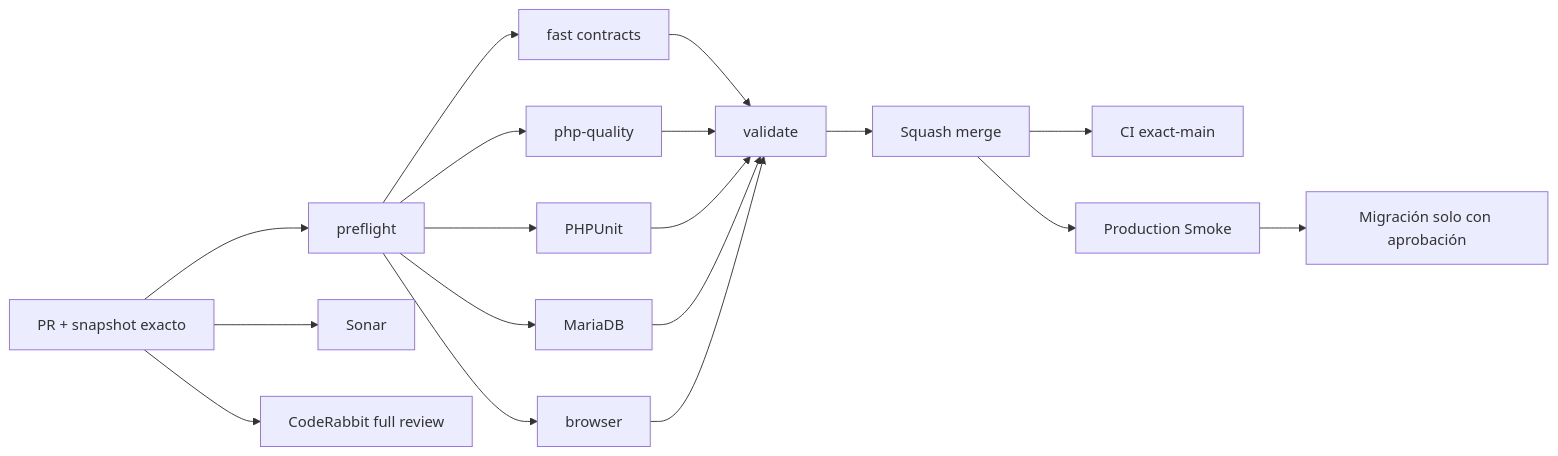
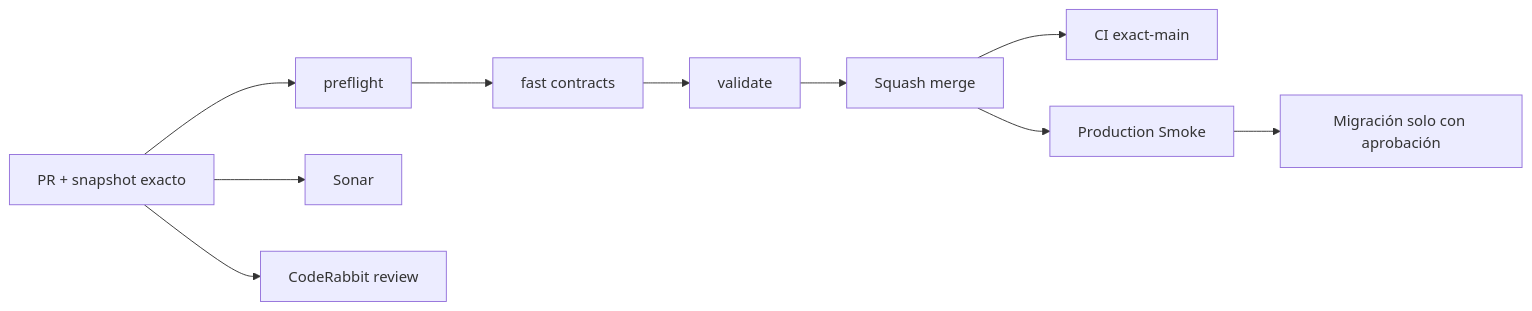
The diagram in README.md (drpipe1098-commits/GrindFlow), drawn with Mermaid before and after one commit. The commit also changed other lines of this file, not shown here.

````diff
--- a/README.md
+++ b/README.md
@@ -47,20 +49,12 @@
 ```mermaid
 flowchart LR
     A["PR + snapshot exacto"] --> P["preflight"]
     P --> F["fast contracts"]
-    P --> Q["php-quality"]
-    P --> T["PHPUnit"]
-    P --> D["MariaDB"]
-    P --> B["browser"]
     A --> S["Sonar"]
-    A --> C["CodeRabbit full review"]
+    A --> C["CodeRabbit review"]
     F --> V["validate"]
-    Q --> V
-    T --> V
-    D --> V
-    B --> V
     V --> M["Squash merge"]
     M --> X["CI exact-main"]
     M --> R["Production Smoke"]
     R --> G["Migración solo con aprobación"]
 ```
````
